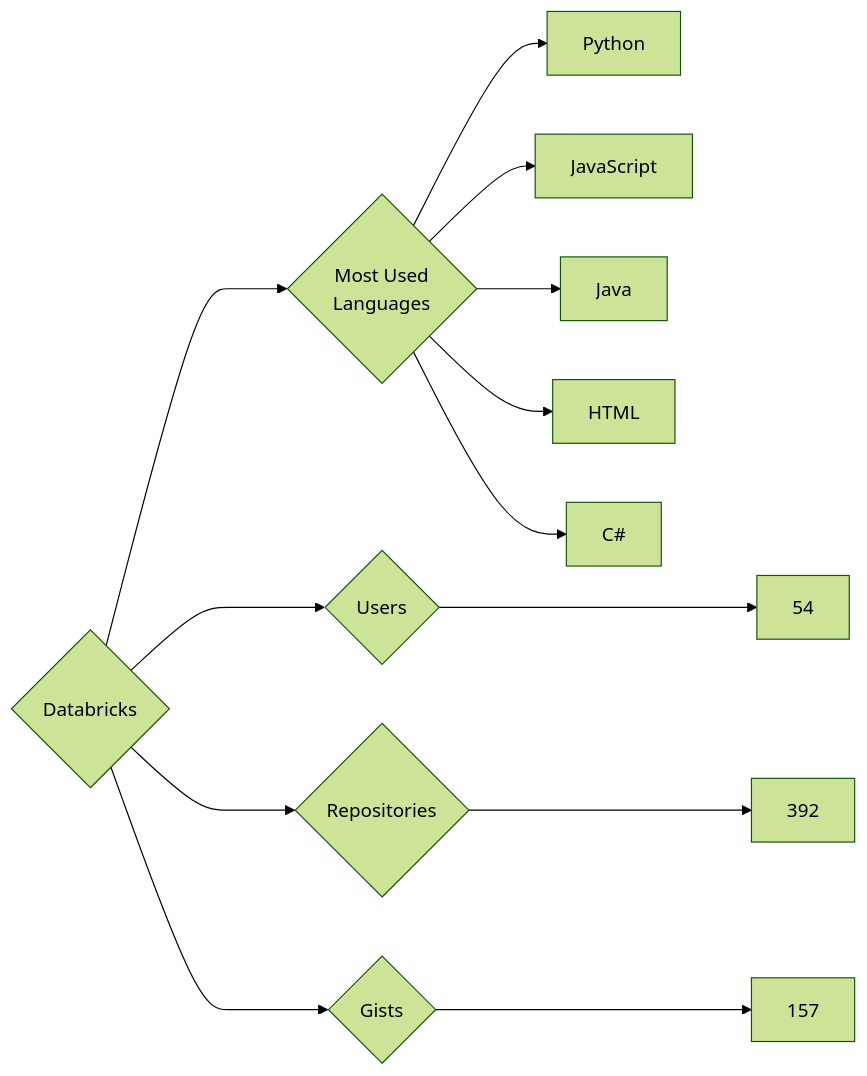
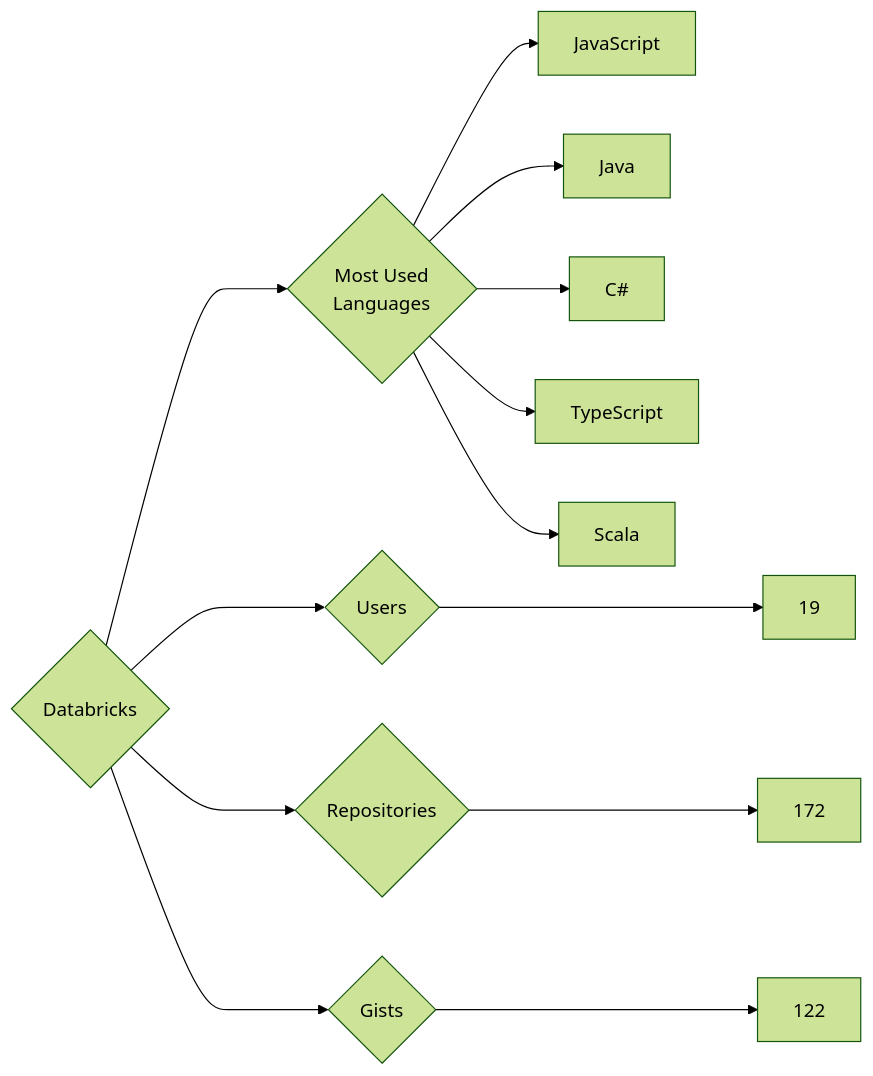
Before and after one commit to trickest/insiders: the diagram in targets/Databricks/README.md, drawn with Mermaid (forest theme). The commit also changed 955 other files, not shown here.

````diff
--- a/targets/Databricks/README.md
+++ b/targets/Databricks/README.md
@@ -3,13 +3,13 @@
 ```mermaid
 graph LR
 COMPANY_NAME{Databricks}
-COMPANY_NAME ---> U{Users} ---> UN[54]
-COMPANY_NAME ---> R{Repositories} ---> RN[392]
-COMPANY_NAME ---> G{Gists} ---> GN[157]
+COMPANY_NAME ---> U{Users} ---> UN[19]
+COMPANY_NAME ---> R{Repositories} ---> RN[172]
+COMPANY_NAME ---> G{Gists} ---> GN[122]
 COMPANY_NAME ---> ML{Most Used<br>Languages}
-ML --> Python[Python]
 ML --> JavaScript[JavaScript]
 ML --> Java[Java]
-ML --> HTML[HTML]
 ML --> C#[C#]
+ML --> TypeScript[TypeScript]
+ML --> Scala[Scala]
 ```
````
